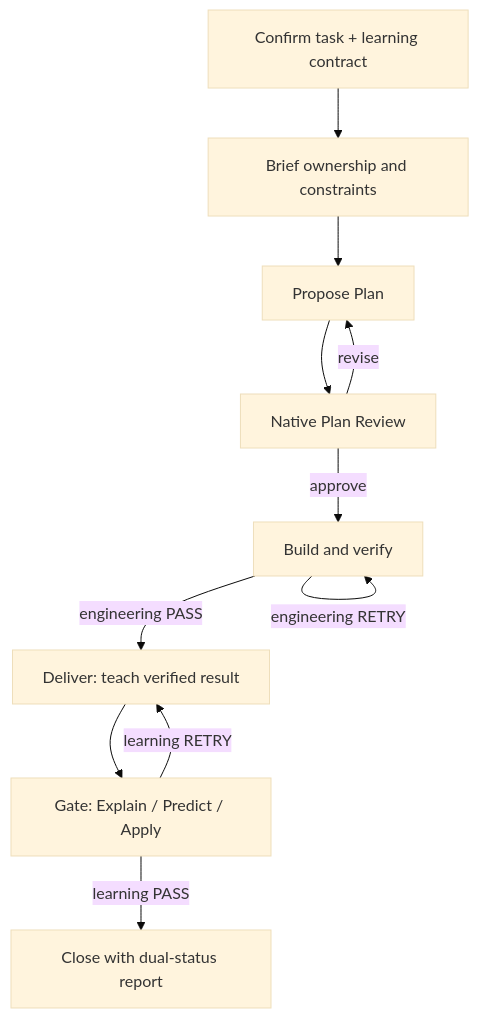
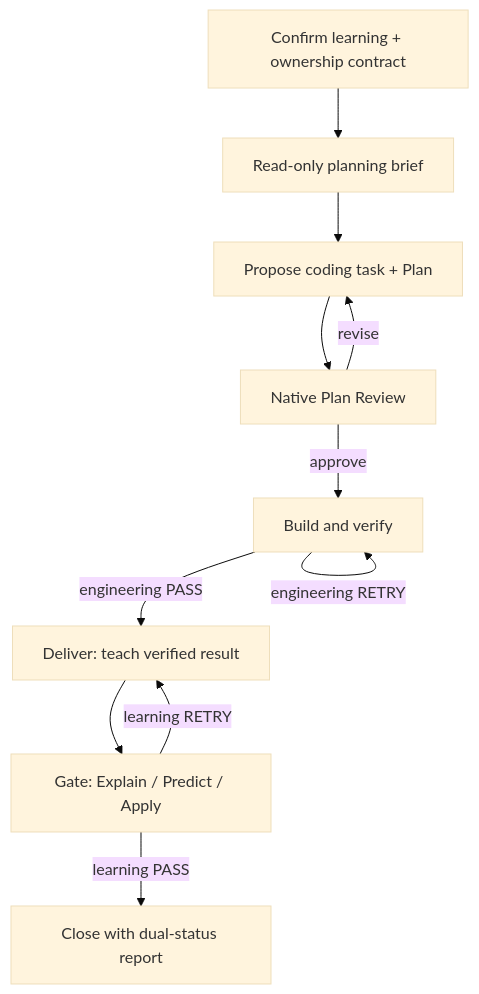
Before and after one commit to SeRendizc/ai-coding-learning-loop: the diagram in README.md, drawn with Mermaid (base theme). The commit also changed other lines of this file and 3 other files, not shown here.

Commit message:
docs: align Contract and reviewed Plan boundaries

````diff
--- a/README.md
+++ b/README.md
@@ -65,13 +78,13 @@
 ```mermaid
 flowchart TD
-  A["Confirm task + learning contract"] --> B["Brief ownership and constraints"]
-  B --> P["Propose Plan"]
+  A["Confirm learning + ownership contract"] --> B["Read-only planning brief"]
+  B --> P["Propose coding task + Plan"]
   P --> R["Native Plan Review"]
   R -->|revise| P
   R -->|approve| C["Build and verify"]
   C -->|engineering RETRY| C
   C -->|engineering PASS| D["Deliver: teach verified result"]
   D --> E["Gate: Explain / Predict / Apply"]
   E -->|learning RETRY| D
   E -->|learning PASS| F["Close with dual-status report"]
 ```
````
